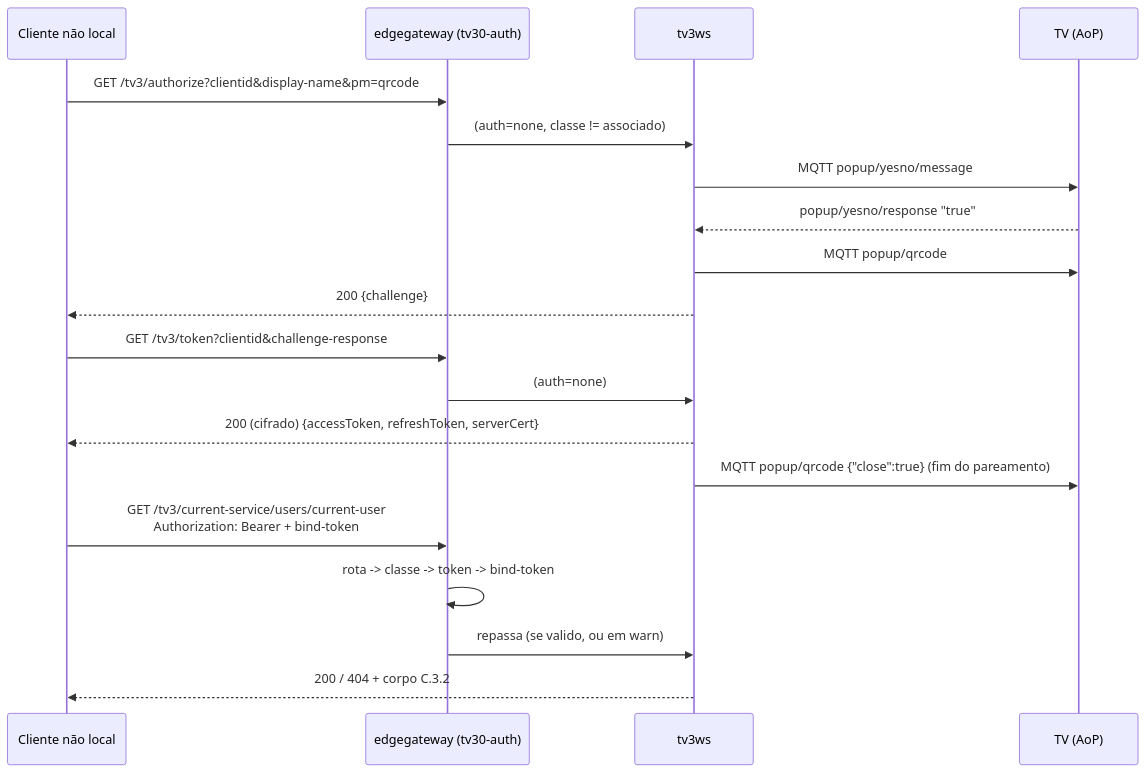
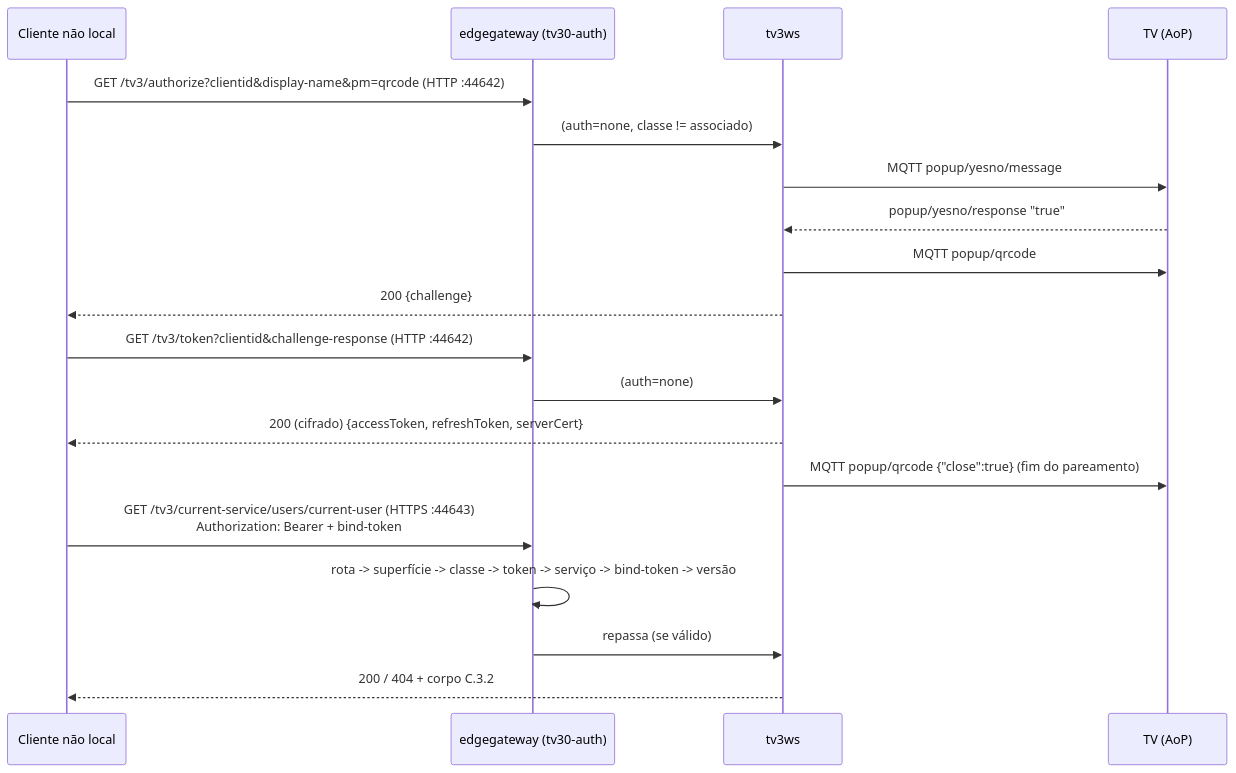
Before and after one commit to multisens/Infra: the first of 3 diagrams in docs/05-autenticacao.md, drawn with Mermaid. The commit also changed other lines of this file and 41 other files, not shown here.

````diff
--- a/docs/05-autenticacao.md
+++ b/docs/05-autenticacao.md
@@ -84,22 +85,22 @@
 ```mermaid
 sequenceDiagram
     participant C as Cliente não local
     participant E as edgegateway (tv30-auth)
     participant T as tv3ws
     participant TV as TV (AoP)
 
-    C->>E: GET /tv3/authorize?clientid&display-name&pm=qrcode
+    C->>E: GET /tv3/authorize?clientid&display-name&pm=qrcode (HTTP :44642)
     E->>T: (auth=none, classe != associado)
     T->>TV: MQTT popup/yesno/message
     TV-->>T: popup/yesno/response "true"
     T->>TV: MQTT popup/qrcode
     T-->>C: 200 {challenge}
-    C->>E: GET /tv3/token?clientid&challenge-response
+    C->>E: GET /tv3/token?clientid&challenge-response (HTTP :44642)
     E->>T: (auth=none)
     T-->>C: 200 (cifrado) {accessToken, refreshToken, serverCert}
     T->>TV: MQTT popup/qrcode {"close":true} (fim do pareamento)
-    C->>E: GET /tv3/current-service/users/current-user<br/>Authorization: Bearer + bind-token
-    E->>E: rota -> classe -> token -> bind-token
-    E->>T: repassa (se valido, ou em warn)
+    C->>E: GET /tv3/current-service/users/current-user (HTTPS :44643)<br/>Authorization: Bearer + bind-token
+    E->>E: rota -> superfície -> classe -> token -> serviço -> bind-token -> versão
+    E->>T: repassa (se válido)
     T-->>C: 200 / 404 + corpo C.3.2
 ```
````
